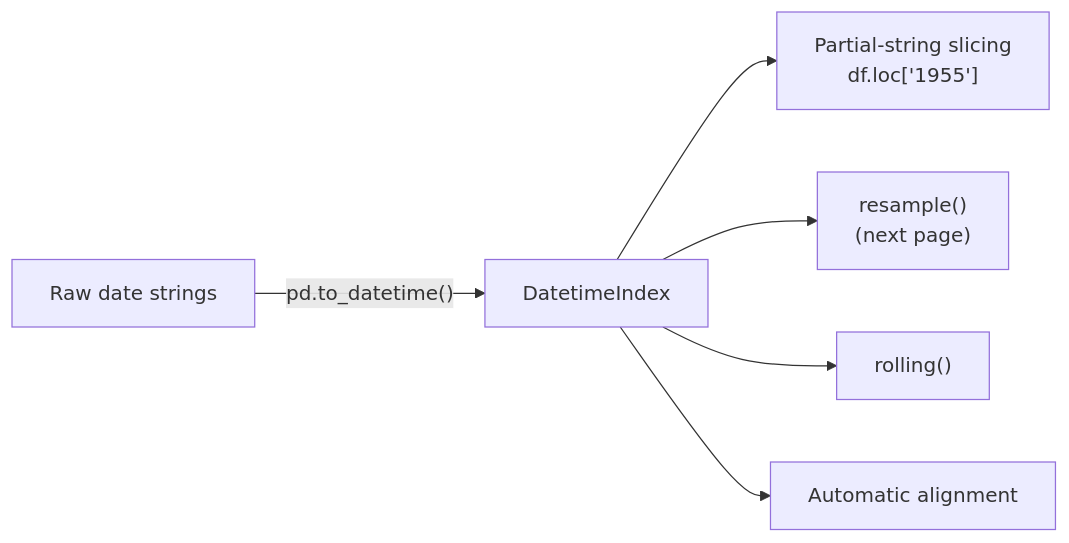
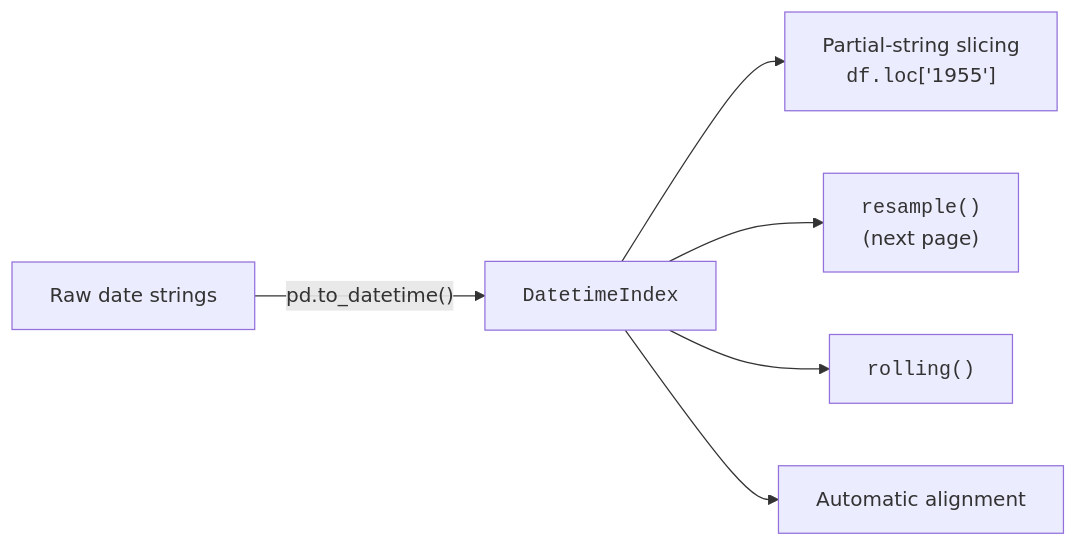
Before and after one commit to dataslope/dataslope: the third of 3 diagrams in content/learn/time-series-analysis-python/the-pandas-timeline.mdx, drawn with Mermaid. The commit also changed 218 other files, not shown here.

First line of the commit message:
Render code-only mermaid shapes in monospace; convert step sequences to Steps (#467)

````diff
--- a/content/learn/time-series-analysis-python/the-pandas-timeline.mdx
+++ b/content/learn/time-series-analysis-python/the-pandas-timeline.mdx
@@ -388,8 +388,8 @@
 ```mermaid
 flowchart LR
-    S["Raw date strings"] -->|"pd.to_datetime()"| T["DatetimeIndex"]
-    T --> SL["Partial-string slicing<br/>df.loc['1955']"]
-    T --> RS["resample()<br/>(next page)"]
-    T --> RW["rolling()"]
+    S["Raw date strings"] -->|"pd.to_datetime()"| T["<code>DatetimeIndex</code>"]
+    T --> SL["Partial-string slicing<br/><code>df.loc</code>['1955']"]
+    T --> RS["<code>resample()</code><br/>(next page)"]
+    T --> RW["<code>rolling()</code>"]
     T --> AL["Automatic alignment"]
 ```
````
